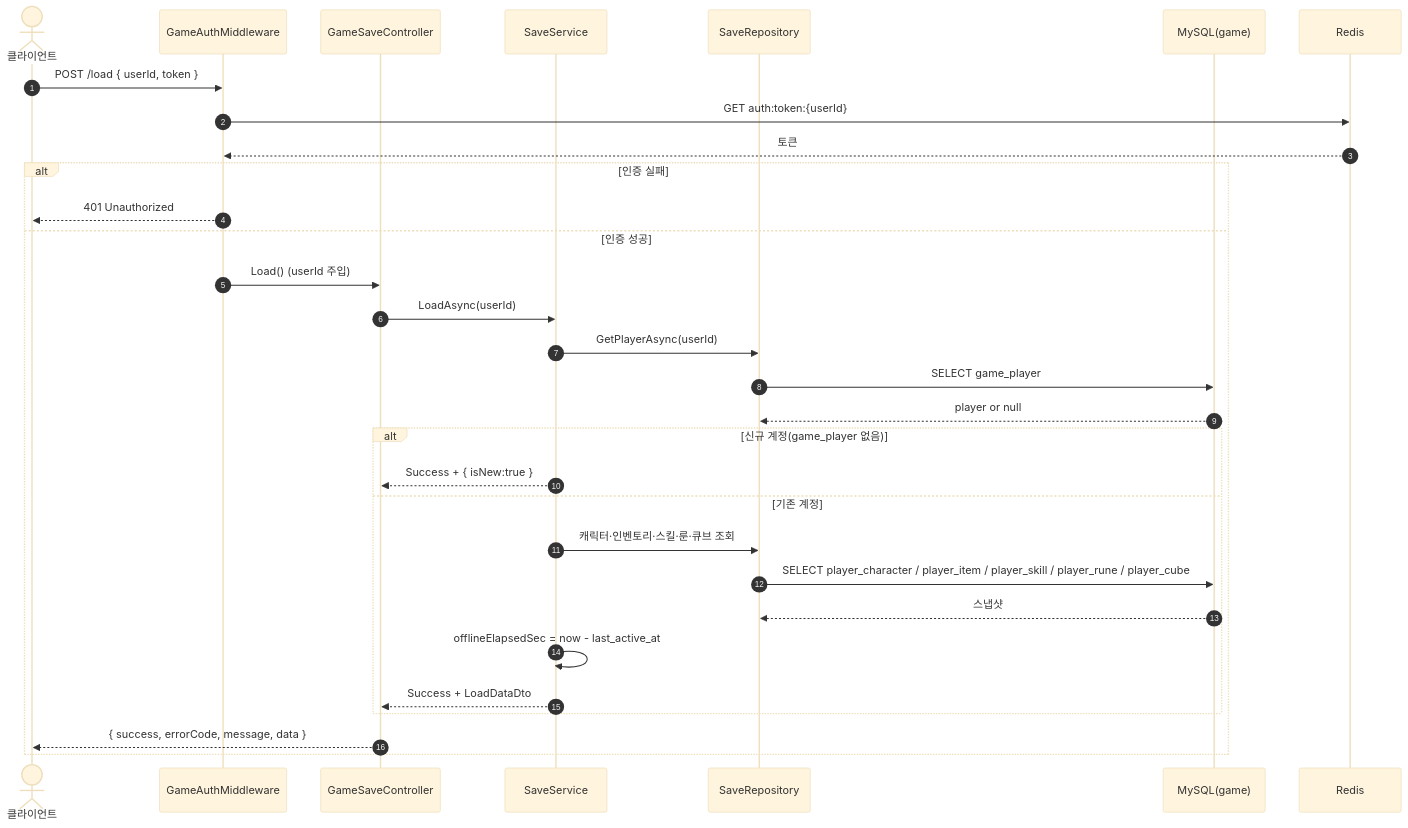
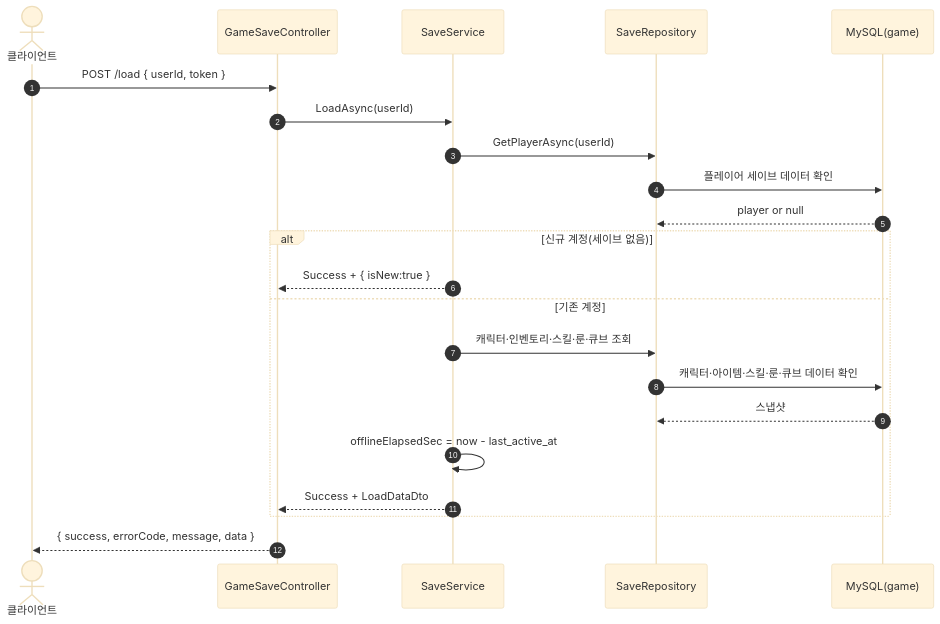
One commit to ks-wook/com2us-taskbar-hero changed the first of 3 diagrams in SequenceDiagram/GameSaveController.md. Above: the diagram before and after it, drawn with Mermaid (base theme). The commit also changed other lines of this file and 7 other files, not shown here.

Commit message:
시퀀스 다이어그램 수정

````diff
--- a/SequenceDiagram/GameSaveController.md
+++ b/SequenceDiagram/GameSaveController.md
@@ -9,34 +9,25 @@
 ```mermaid
 sequenceDiagram
     autonumber
     actor C as 클라이언트
-    participant MW as GameAuthMiddleware
     participant Ctrl as GameSaveController
     participant Svc as SaveService
     participant Repo as SaveRepository
     participant DB as MySQL(game)
-    participant Redis as Redis
 
-    C->>MW: POST /load { userId, token }
-    MW->>Redis: GET auth:token:{userId}
-    Redis-->>MW: 토큰
-    alt 인증 실패
-        MW-->>C: 401 Unauthorized
-    else 인증 성공
-        MW->>Ctrl: Load() (userId 주입)
-        Ctrl->>Svc: LoadAsync(userId)
-        Svc->>Repo: GetPlayerAsync(userId)
-        Repo->>DB: SELECT game_player
-        DB-->>Repo: player or null
-        alt 신규 계정(game_player 없음)
-            Svc-->>Ctrl: Success + { isNew:true }
-        else 기존 계정
-            Svc->>Repo: 캐릭터·인벤토리·스킬·룬·큐브 조회
-            Repo->>DB: SELECT player_character / player_item / player_skill / player_rune / player_cube
-            DB-->>Repo: 스냅샷
-            Svc->>Svc: offlineElapsedSec = now - last_active_at
-            Svc-->>Ctrl: Success + LoadDataDto
-        end
-        Ctrl-->>C: { success, errorCode, message, data }
+    C->>Ctrl: POST /load { userId, token }
+    Ctrl->>Svc: LoadAsync(userId)
+    Svc->>Repo: GetPlayerAsync(userId)
+    Repo->>DB: 플레이어 세이브 데이터 확인
+    DB-->>Repo: player or null
+    alt 신규 계정(세이브 없음)
+        Svc-->>Ctrl: Success + { isNew:true }
+    else 기존 계정
+        Svc->>Repo: 캐릭터·인벤토리·스킬·룬·큐브 조회
+        Repo->>DB: 캐릭터·아이템·스킬·룬·큐브 데이터 확인
+        DB-->>Repo: 스냅샷
+        Svc->>Svc: offlineElapsedSec = now - last_active_at
+        Svc-->>Ctrl: Success + LoadDataDto
     end
+    Ctrl-->>C: { success, errorCode, message, data }
 ```
````
